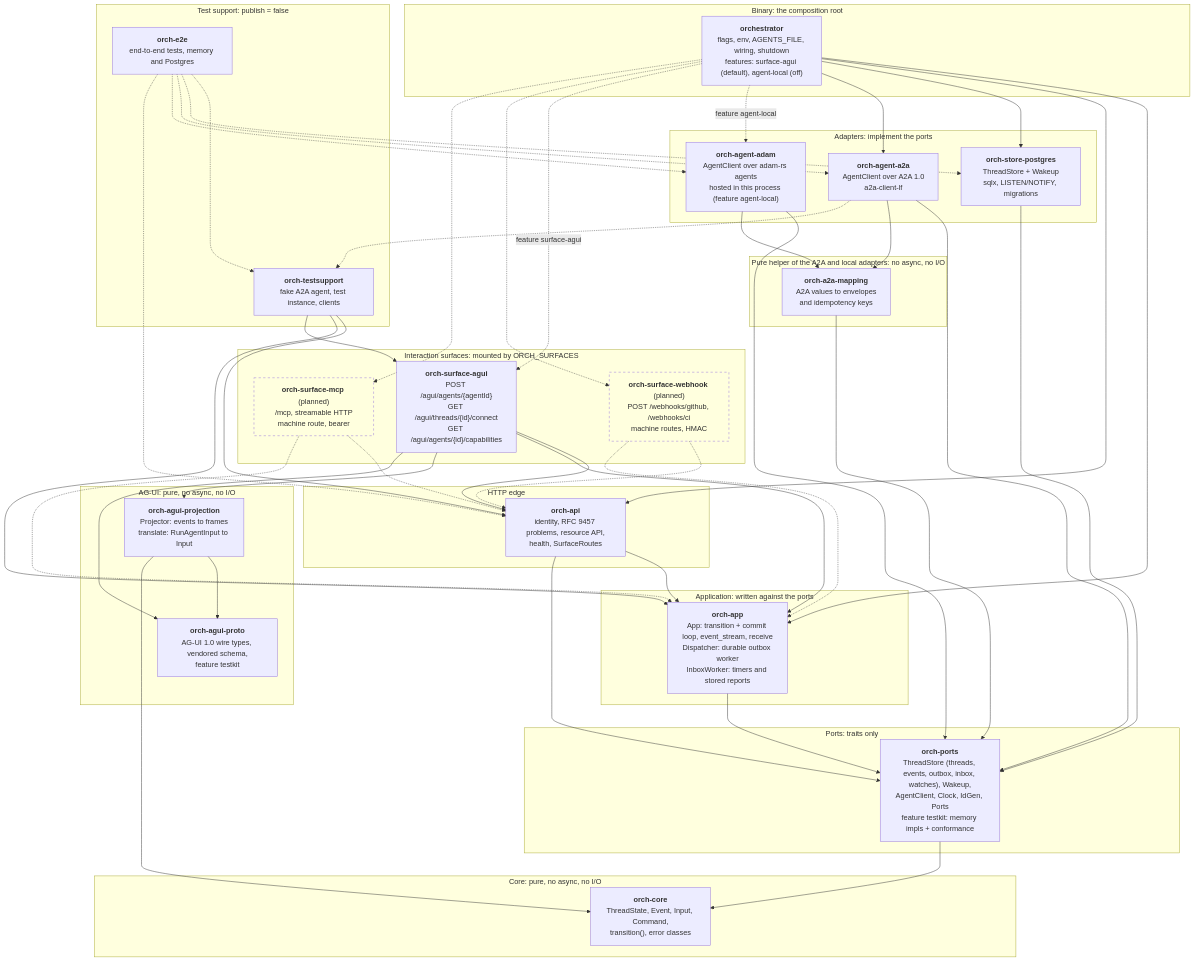
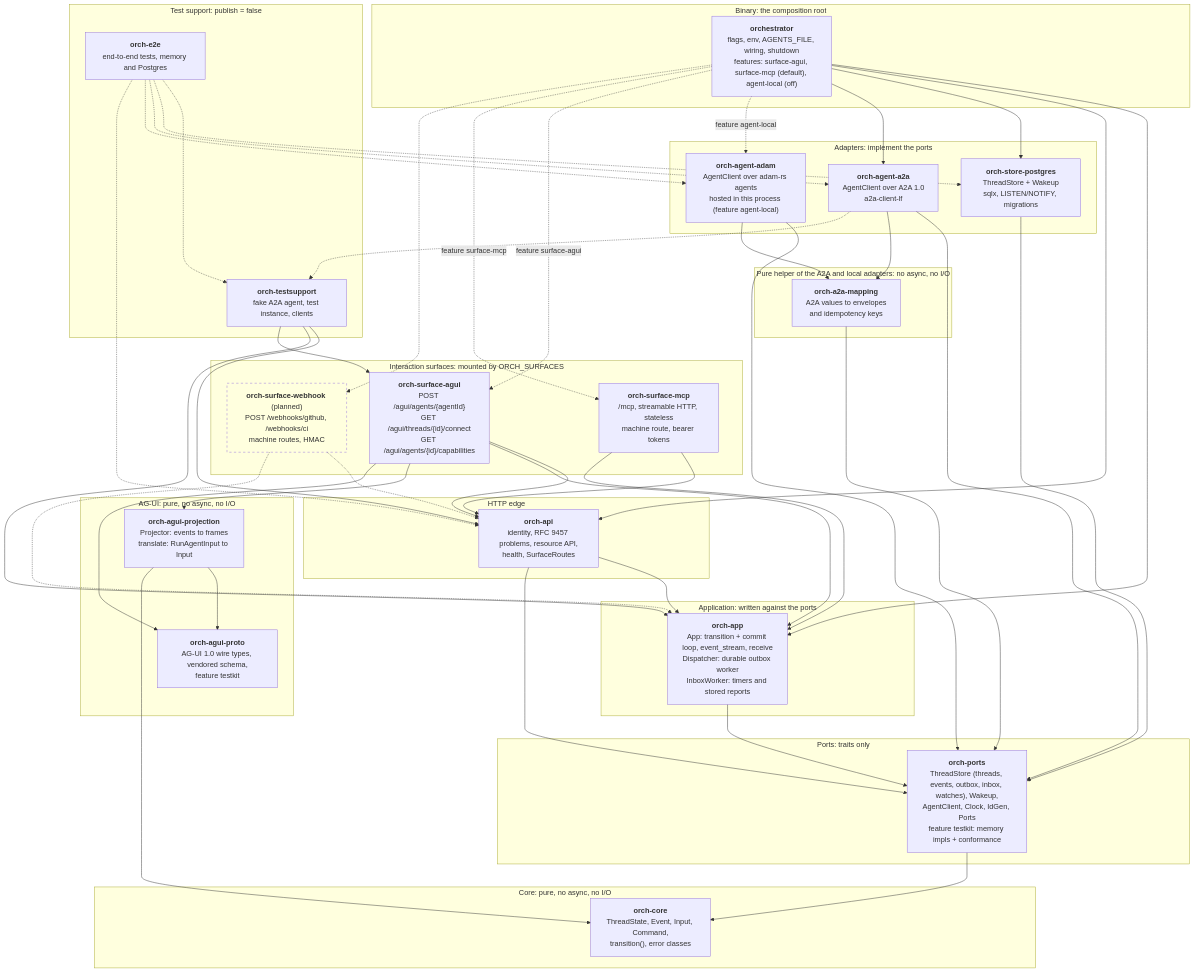
Before and after one commit to vymalo/another-agentic-system: the first of 19 diagrams in docs/orchestrator.md, drawn with Mermaid. The commit also changed other lines of this file and 75 other files, not shown here.

First line of the commit message:
feat(orchestrator): MCP server with start_job, wait_for_job and static bearer tokens (#55)

````diff
--- a/docs/orchestrator.md
+++ b/docs/orchestrator.md
@@ -75,79 +76,79 @@
 ```mermaid
 flowchart TB
   subgraph G_CORE["Core: pure, no async, no I/O"]
     core["<b>orch-core</b><br/>ThreadState, Event, Input, Command,<br/>transition(), error classes"]
   end
   subgraph G_PORTS["Ports: traits only"]
     ports["<b>orch-ports</b><br/>ThreadStore (threads, events, outbox, inbox, watches), Wakeup,<br/>AgentClient, Clock, IdGen, Ports<br/>feature testkit: memory impls + conformance"]
   end
   subgraph G_ADAPT["Adapters: implement the ports"]
     pg["<b>orch-store-postgres</b><br/>ThreadStore + Wakeup<br/>sqlx, LISTEN/NOTIFY, migrations"]
     a2a["<b>orch-agent-a2a</b><br/>AgentClient over A2A 1.0<br/>a2a-client-lf"]
     adam["<b>orch-agent-adam</b><br/>AgentClient over adam-rs agents<br/>hosted in this process (feature agent-local)"]
   end
   subgraph G_MAP["Pure helper of the A2A and local adapters: no async, no I/O"]
     a2amap["<b>orch-a2a-mapping</b><br/>A2A values to envelopes<br/>and idempotency keys"]
   end
   subgraph G_APP["Application: written against the ports"]
     app["<b>orch-app</b><br/>App: transition + commit loop, event_stream, receive<br/>Dispatcher: durable outbox worker<br/>InboxWorker: timers and stored reports"]
   end
   subgraph G_EDGE["HTTP edge"]
     api["<b>orch-api</b><br/>identity, RFC 9457 problems, resource API,<br/>health, SurfaceRoutes"]
   end
   subgraph G_SURF["Interaction surfaces: mounted by ORCH_SURFACES"]
     surfagui["<b>orch-surface-agui</b><br/>POST /agui/agents/{agentId}<br/>GET /agui/threads/{id}/connect<br/>GET /agui/agents/{id}/capabilities"]
     surfwh["<b>orch-surface-webhook</b> (planned)<br/>POST /webhooks/github, /webhooks/ci<br/>machine routes, HMAC"]:::planned
-    surfmcp["<b>orch-surface-mcp</b> (planned)<br/>/mcp, streamable HTTP<br/>machine route, bearer"]:::planned
+    surfmcp["<b>orch-surface-mcp</b><br/>/mcp, streamable HTTP, stateless<br/>machine route, bearer tokens"]
   end
   subgraph G_AGUI["AG-UI: pure, no async, no I/O"]
     proto["<b>orch-agui-proto</b><br/>AG-UI 1.0 wire types, vendored schema,<br/>feature testkit"]
     proj["<b>orch-agui-projection</b><br/>Projector: events to frames<br/>translate: RunAgentInput to Input"]
   end
   subgraph G_BIN["Binary: the composition root"]
-    bin["<b>orchestrator</b><br/>flags, env, AGENTS_FILE, wiring, shutdown<br/>features: surface-agui (default), agent-local (off)"]
+    bin["<b>orchestrator</b><br/>flags, env, AGENTS_FILE, wiring, shutdown<br/>features: surface-agui, surface-mcp (default), agent-local (off)"]
   end
   subgraph G_TEST["Test support: publish = false"]
     ts["<b>orch-testsupport</b><br/>fake A2A agent, test instance, clients"]
     e2e["<b>orch-e2e</b><br/>end-to-end tests, memory and Postgres"]
   end
 
   ports --> core
   pg --> ports
   a2a --> ports
   a2a --> a2amap
   adam --> ports
   adam --> a2amap
   a2amap --> ports
   app --> ports
   api --> app
   api --> ports
   proj --> proto
   proj --> core
   bin --> app
   bin --> api
   bin --> pg
   bin --> a2a
   bin -. "feature agent-local" .-> adam
   bin -. "feature surface-agui" .-> surfagui
+  bin -. "feature surface-mcp" .-> surfmcp
   surfagui --> api
   surfagui --> app
   surfagui --> proj
   surfagui --> proto
   surfwh -.-> api
   surfwh -.-> app
-  surfmcp -.-> api
-  surfmcp -.-> app
+  surfmcp --> api
+  surfmcp --> app
   bin -.-> surfwh
-  bin -.-> surfmcp
   ts --> api
   ts --> app
   ts --> surfagui
   e2e -.-> ts
   e2e -.-> pg
   e2e -.-> a2a
   e2e -.-> adam
   e2e -.-> api
   a2a -.-> ts
 
   classDef planned stroke-dasharray: 5 5,fill:none
 ```
````
